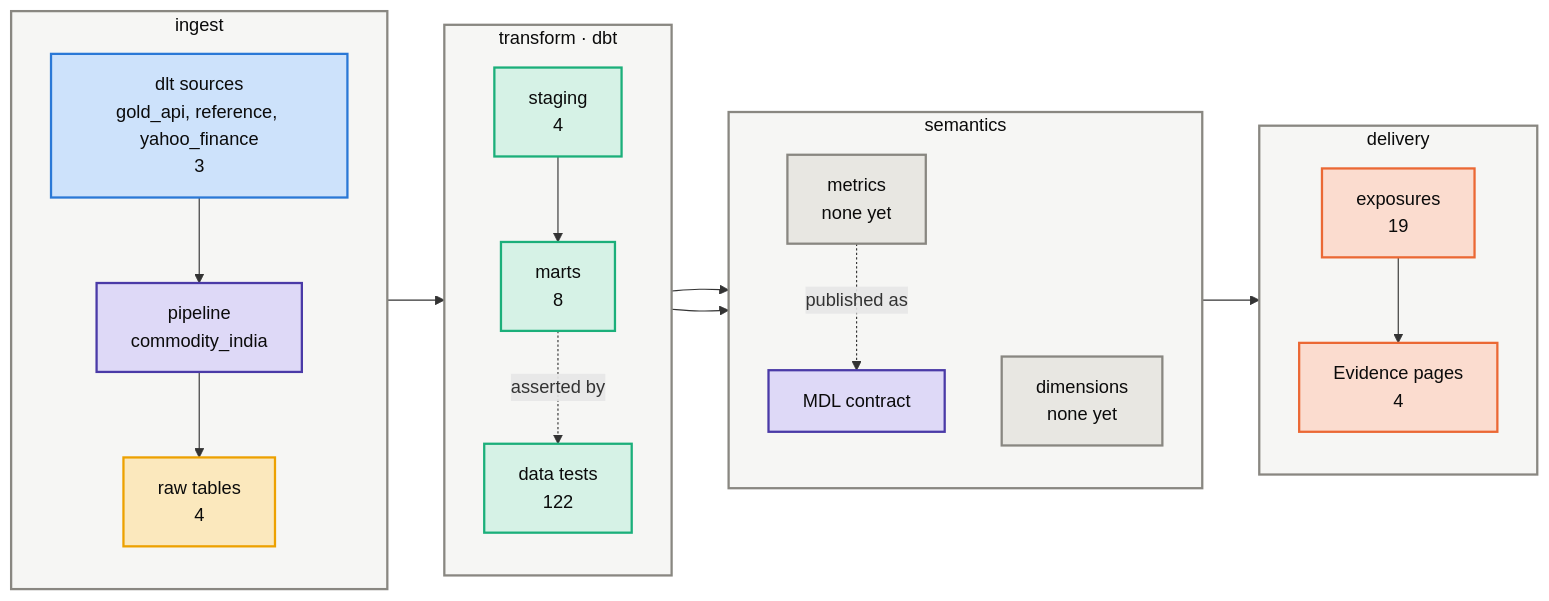
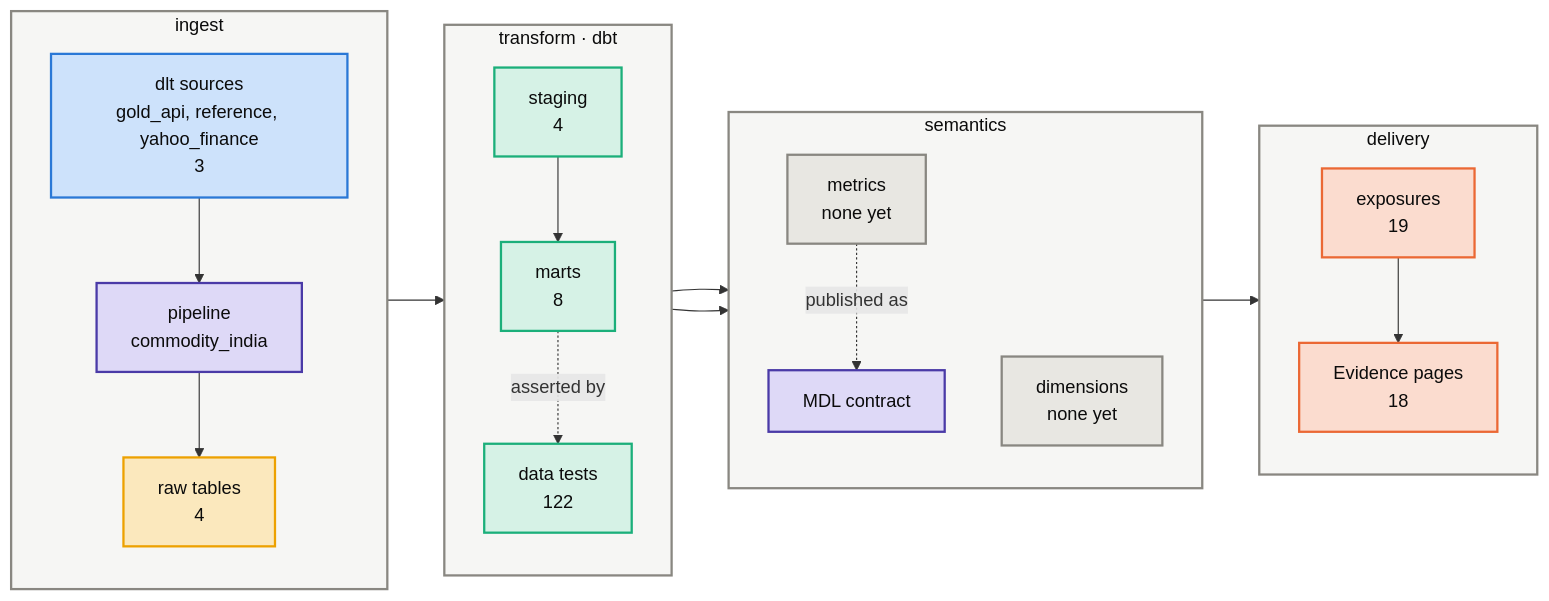
One commit to Atomz-org/data-platform changed the first of 3 diagrams in groups/commodity/projects/commodity-india/kg/architecture.md. Above: the diagram before and after it, drawn with Mermaid. The commit also changed other lines of this file and 8 other files, not shown here.

````diff
--- a/groups/commodity/projects/commodity-india/kg/architecture.md
+++ b/groups/commodity/projects/commodity-india/kg/architecture.md
@@ -10,41 +10,41 @@
 ```mermaid
 flowchart LR
     subgraph LI["ingest"]
         direction TB
         I1["dlt sources<br/>gold_api, reference, yahoo_finance<br/>3"]:::ingress
         I2["pipeline<br/>commodity_india"]:::platform
         I3["raw tables<br/>4"]:::raw
     end
     subgraph LT["transform · dbt"]
         direction TB
         T1["staging<br/>4"]:::model
         T2["marts<br/>8"]:::model
         T3["data tests<br/>122"]:::model
     end
     subgraph LS["semantics"]
         direction TB
         S1["metrics<br/>none yet"]:::neutral
         S2["dimensions<br/>none yet"]:::neutral
         S3["MDL contract"]:::platform
     end
     subgraph LD["delivery"]
         direction TB
         D1["exposures<br/>19"]:::exposure
-        D2["Evidence pages<br/>4"]:::exposure
+        D2["Evidence pages<br/>18"]:::exposure
     end
     I1 --> I2 --> I3 --> T1 --> T2
     T2 --> S1 --> D1 --> D2
     T2 --> S2
     S1 -.published as.-> S3
     T2 -.asserted by.-> T3
     classDef ingress fill:#cde2fb,stroke:#2a78d6,stroke-width:2px,color:#0b0b0b
     classDef platform fill:#ded9f7,stroke:#4a3aa7,stroke-width:2px,color:#0b0b0b
     classDef raw fill:#fbe8bd,stroke:#eda100,stroke-width:2px,color:#0b0b0b
     classDef model fill:#d6f2e6,stroke:#1baf7a,stroke-width:2px,color:#0b0b0b
     classDef metric fill:#fadfe8,stroke:#e87ba4,stroke-width:2px,color:#0b0b0b
     classDef exposure fill:#fbdccf,stroke:#eb6834,stroke-width:2px,color:#0b0b0b
     classDef neutral fill:#e8e7e2,stroke:#898781,stroke-width:2px,color:#0b0b0b
     classDef project fill:#e3eefc,stroke:#2a78d6,stroke-width:2px,color:#0b0b0b
     classDef lane fill:#f6f6f4,stroke:#898781,stroke-width:2px,color:#0b0b0b
     class LI,LT,LS,LD lane
 ```
````
